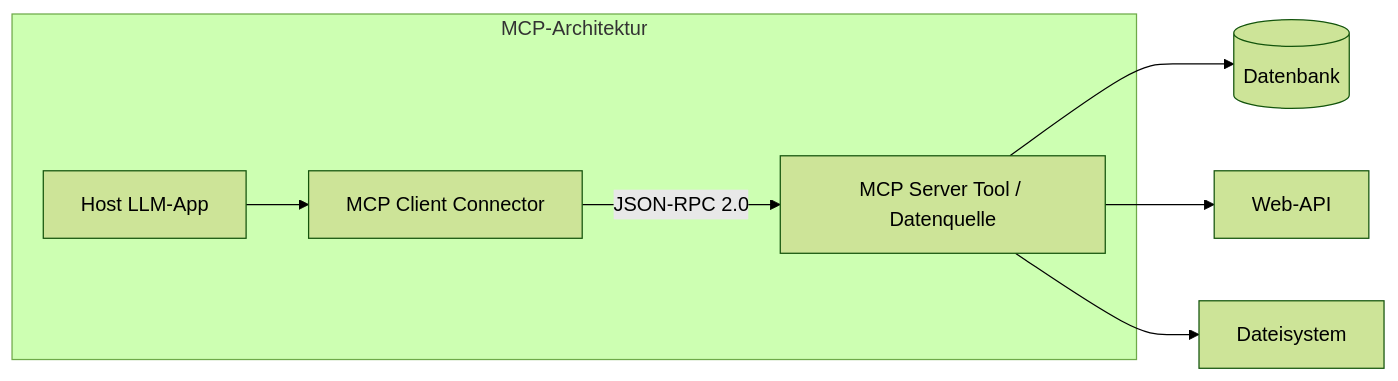
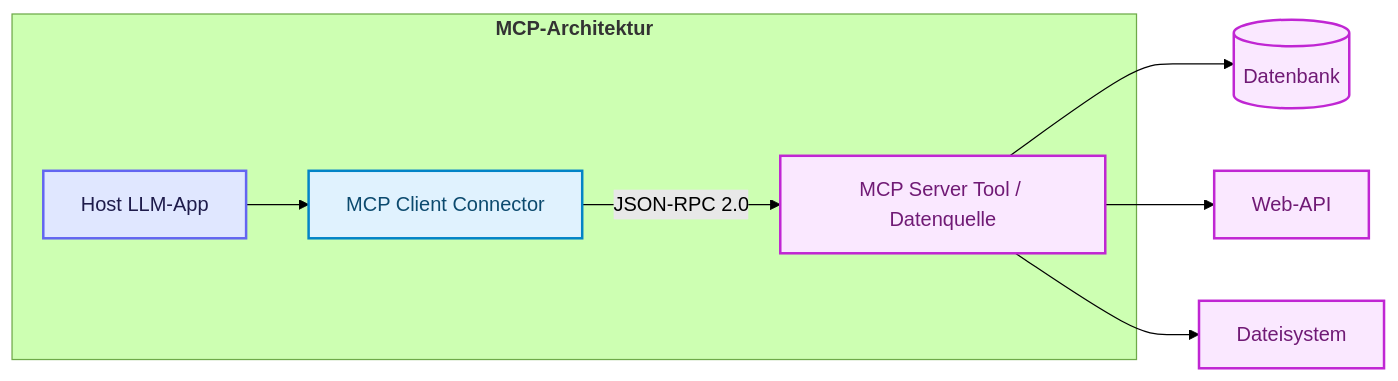
The second of 9 diagrams in docs/06-multi-agent-erweiterungen/agenten-kommunikationsprotokolle.md (ralf-42/Agenten), drawn with Mermaid (forest theme) before and after one commit. The commit also changed other lines of this file and 18 other files, not shown here.

````diff
--- a/docs/06-multi-agent-erweiterungen/agenten-kommunikationsprotokolle.md
+++ b/docs/06-multi-agent-erweiterungen/agenten-kommunikationsprotokolle.md
@@ -85,15 +94,22 @@
 ```mermaid
 flowchart LR
-    subgraph MCP-Architektur
+    subgraph MCP["<b>MCP-Architektur</b>"]
         HOST[Host LLM-App]
         CLIENT[MCP Client Connector]
         SERVER[MCP Server Tool / Datenquelle]
 
         HOST --> CLIENT
         CLIENT -->|JSON-RPC 2.0| SERVER
     end
 
     SERVER --> DB[(Datenbank)]
     SERVER --> API[Web-API]
     SERVER --> FS[Dateisystem]
+
+    classDef default fill:#e0f2fe,stroke:#0284c7,stroke-width:2px,color:#0c4a6e;
+    classDef input fill:#e0e7ff,stroke:#6366f1,stroke-width:2px,color:#1e1b4b;
+    classDef target fill:#fae8ff,stroke:#c026d3,stroke-width:2px,color:#701a75;
+
+    class HOST input;
+    class SERVER,DB,API,FS target;
 ```
````
